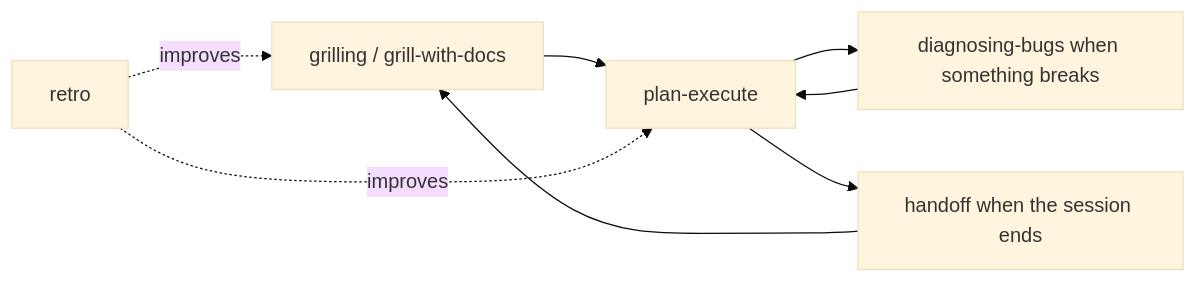
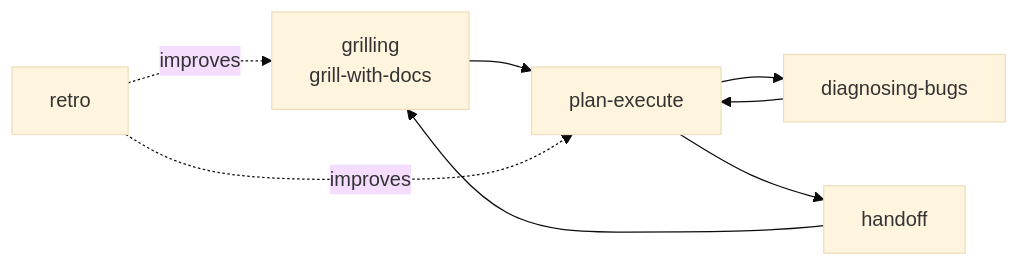
Before and after one commit to BaSui01/snow-app-skills: the diagram in README.md, drawn with Mermaid (base theme). The commit also changed other lines of this file, not shown here.

Commit message:
docs: polish README with banner, badges and flow

````diff
--- a/README.md
+++ b/README.md
@@ -27,10 +20,10 @@
 ```mermaid
 flowchart LR
-    A[grilling / grill-with-docs] --> B[plan-execute]
-    B --> C[diagnosing-bugs when something breaks]
-    B --> D[handoff when the session ends]
+    A["grilling<br/>grill-with-docs"] --> B["plan-execute"]
+    B --> C["diagnosing-bugs"]
     C --> B
+    B --> D["handoff"]
     D --> A
-    E[retro] -.improves.-> A
-    E -.improves.-> B
+    E["retro"] -. improves .-> A
+    E -. improves .-> B
 ```
````
